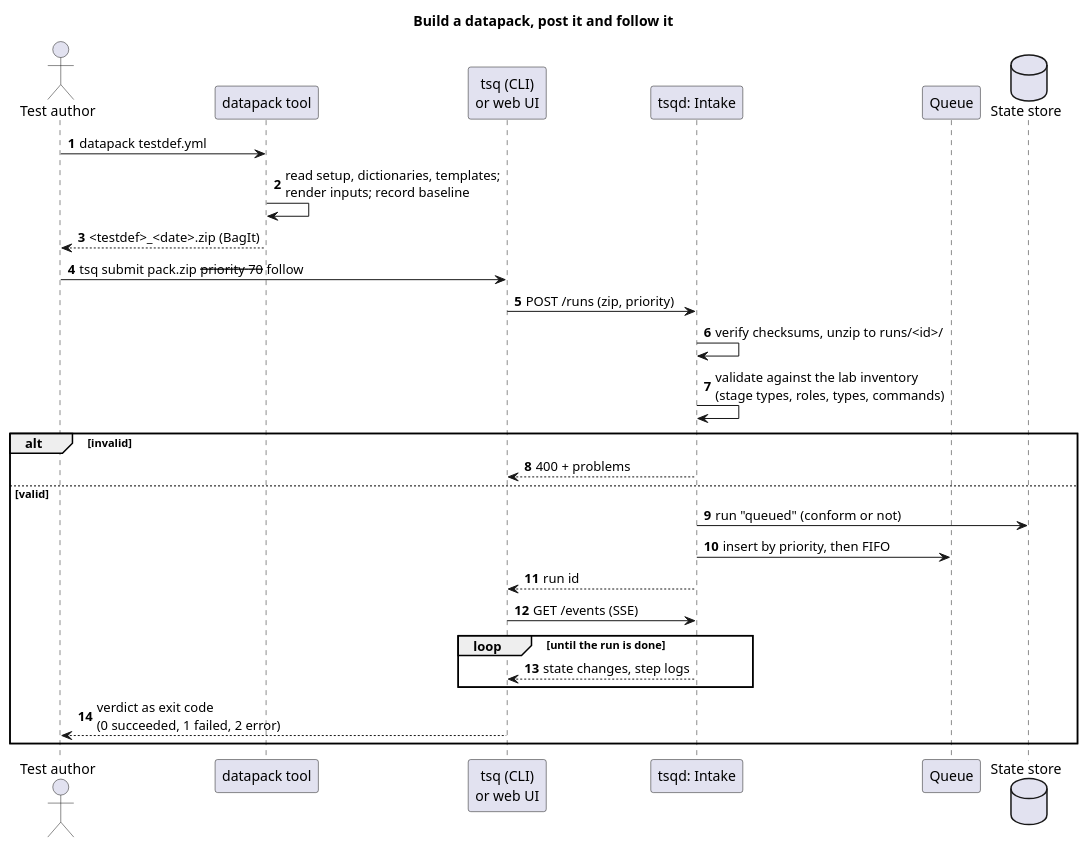
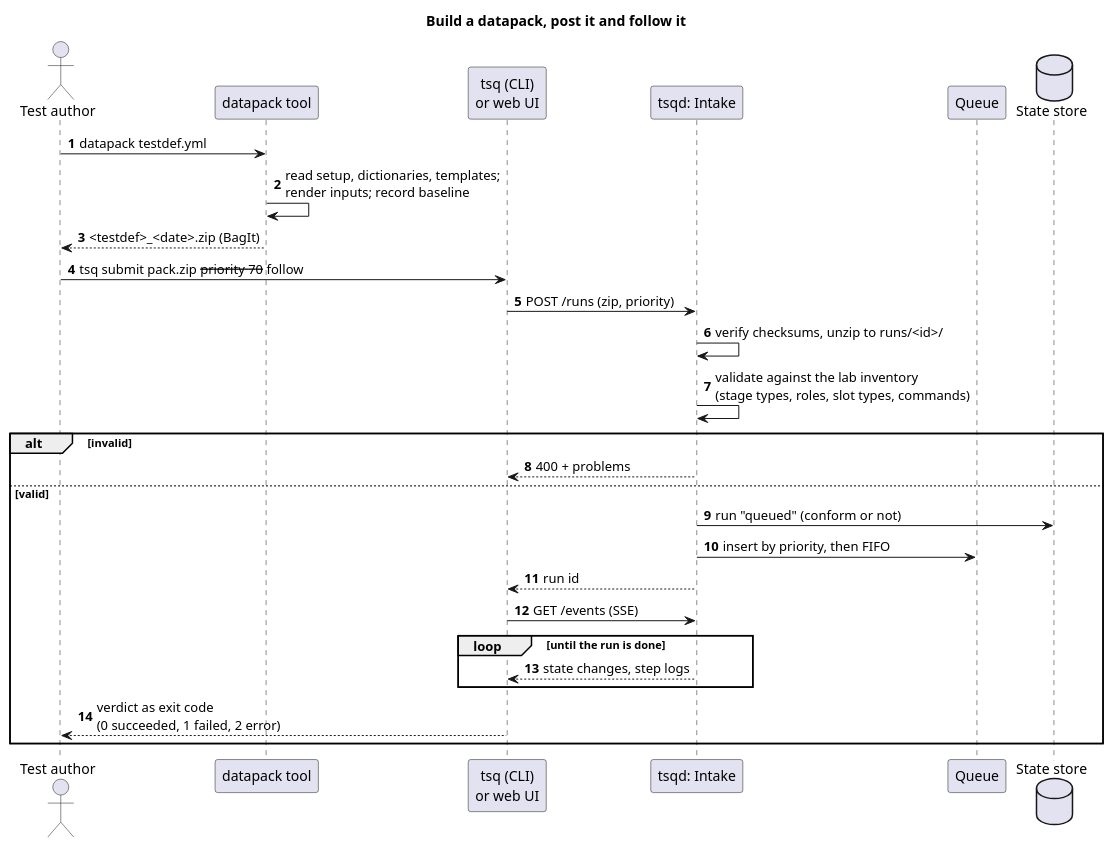
The diagram in docs/diagrams/seq_submit.puml (laurentmldev/testsuit), drawn with PlantUML before and after one commit. The commit also changed 10 other files, not shown here.

First line of the commit message:
Restructure the sequencer README around a user manual

```diff
--- a/docs/diagrams/seq_submit.puml
+++ b/docs/diagrams/seq_submit.puml
@@ -1,33 +1,33 @@
 @startuml seq_submit
 title Build a datapack, post it and follow it
 skinparam shadowing false
 skinparam defaultFontName Helvetica
 autonumber
 
 actor "Test author" as user
 participant "datapack tool" as dp
 participant "tsq (CLI)\nor web UI" as cli
 participant "tsqd: Intake" as intake
 participant "Queue" as queue
 database "State store" as store
 
 user -> dp : datapack testdef.yml
 dp -> dp : read setup, dictionaries, templates;\nrender inputs; record baseline
 dp --> user : <testdef>_<date>.zip (BagIt)
 user -> cli : tsq submit pack.zip --priority 70 --follow
 cli -> intake : POST /runs (zip, priority)
 intake -> intake : verify checksums, unzip to runs/<id>/
-intake -> intake : validate against the lab inventory\n(stage types, roles, types, commands)
+intake -> intake : validate against the lab inventory\n(stage types, roles, slot types, commands)
 alt invalid
   intake --> cli : 400 + problems
 else valid
   intake -> store : run "queued" (conform or not)
   intake -> queue : insert by priority, then FIFO
   intake --> cli : run id
   cli -> intake : GET /events (SSE)
   loop until the run is done
     intake --> cli : state changes, step logs
   end
   cli --> user : verdict as exit code\n(0 succeeded, 1 failed, 2 error)
 end
 @enduml
```
